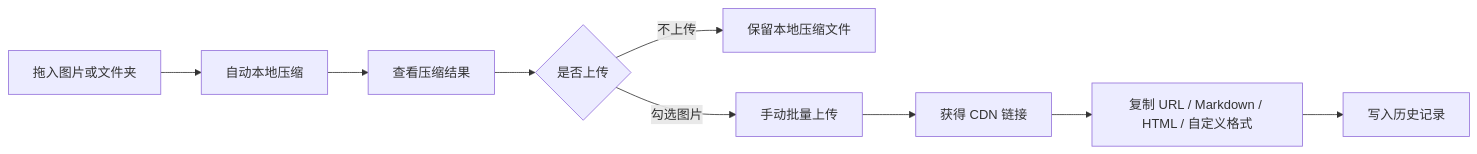
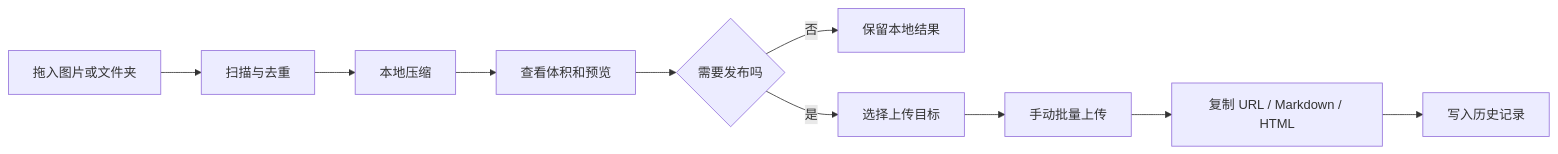
One commit to moxiaonai/pngflow changed the first of 2 diagrams in README.md. Above: the diagram before and after it, drawn with Mermaid. The commit also changed other lines of this file and 9 other files, not shown here.

````diff
--- a/README.md
+++ b/README.md
@@ -66,11 +143,12 @@
-~~~mermaid
+```mermaid
 flowchart LR
-  A[拖入图片或文件夹] --> B[自动本地压缩]
-  B --> C[查看压缩结果]
-  C --> D{是否上传}
-  D -->|不上传| E[保留本地压缩文件]
-  D -->|勾选图片| F[手动批量上传]
-  F --> G[获得 CDN 链接]
-  G --> H[复制 URL / Markdown / HTML / 自定义格式]
-  H --> I[写入历史记录]
-~~~
+  A[拖入图片或文件夹] --> B[扫描与去重]
+  B --> C[本地压缩]
+  C --> D[查看体积和预览]
+  D --> E{需要发布吗}
+  E -->|否| F[保留本地结果]
+  E -->|是| G[选择上传目标]
+  G --> H[手动批量上传]
+  H --> I[复制 URL / Markdown / HTML]
+  I --> J[写入历史记录]
+```
````
